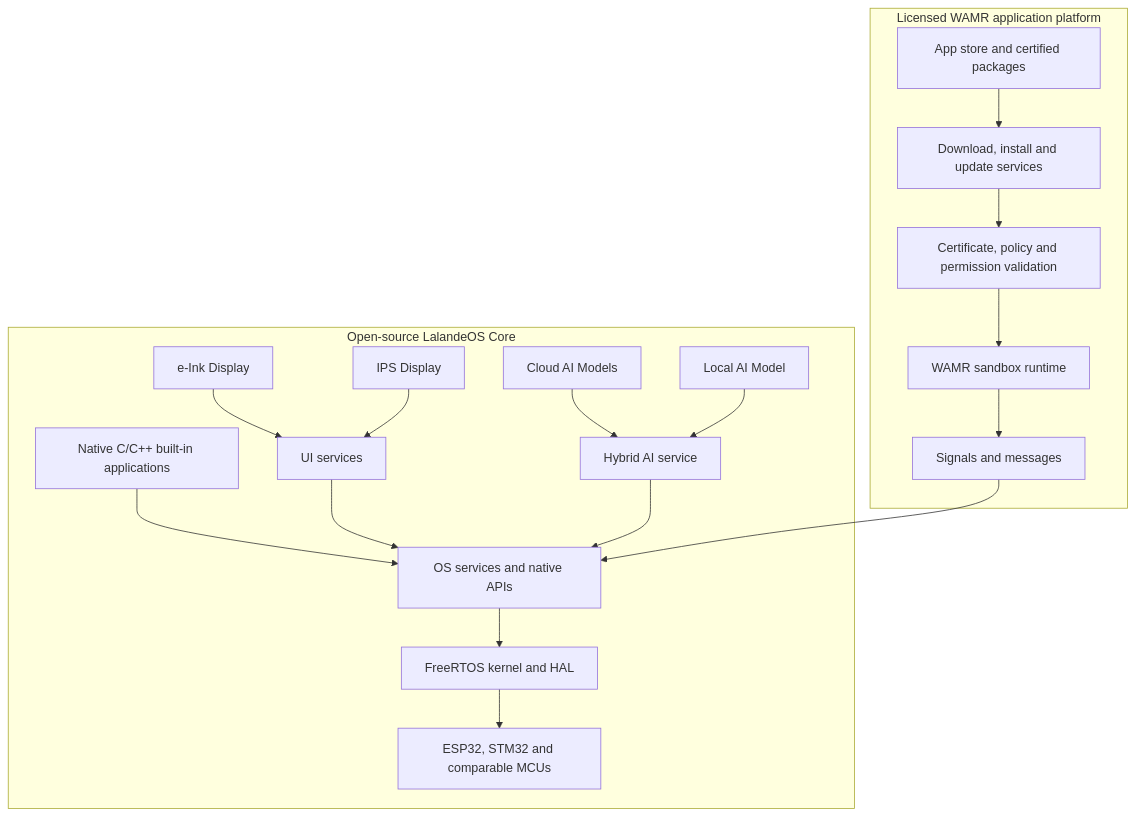
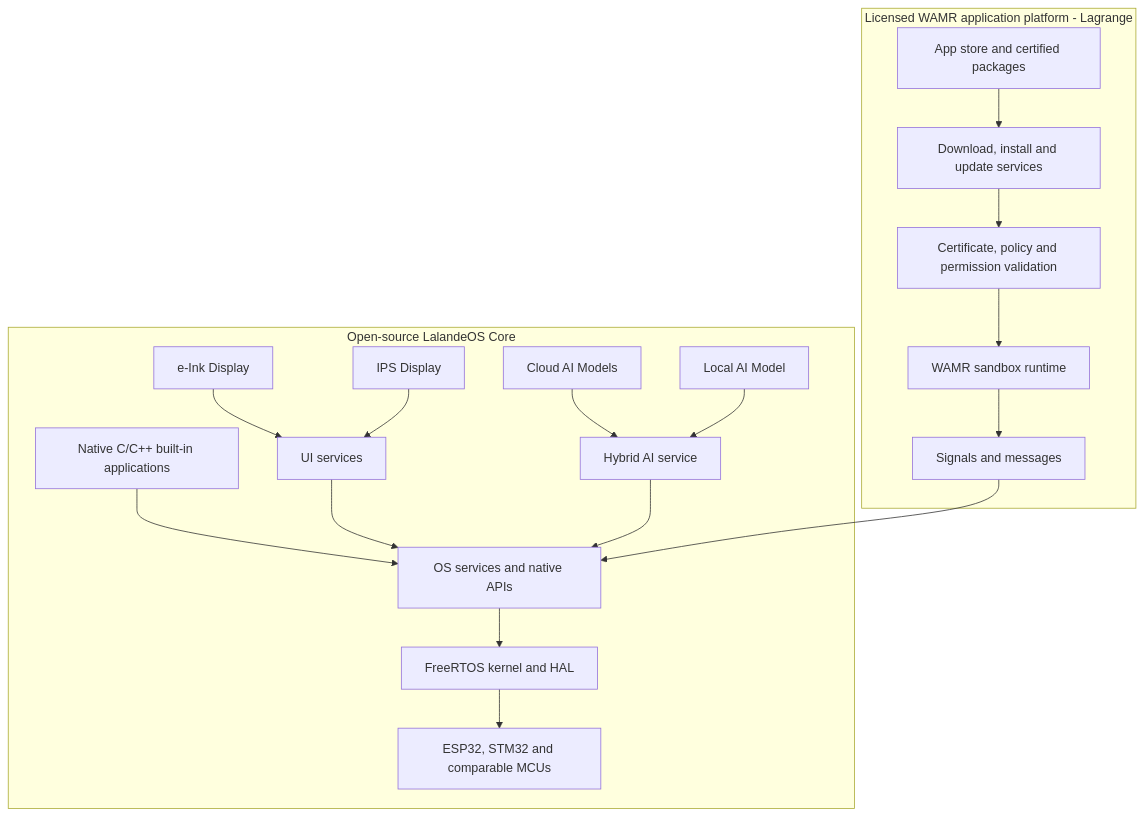
One commit to yawong0925/lalandeos changed the diagram in README.md. Above: the diagram before and after it, drawn with Mermaid. The commit also changed other lines of this file, not shown here.

Commit message:
modified:   README.md

````diff
--- a/README.md
+++ b/README.md
@@ -50,24 +50,24 @@
 ```mermaid
 flowchart TB
-    subgraph LP[Licensed WAMR application platform]
+    subgraph LP[Licensed WAMR application platform - Lagrange]
         A[App store and certified packages] --> B[Download, install and update services]
         B --> C[Certificate, policy and permission validation]
         C --> D[WAMR sandbox runtime]
         D --> E[Signals and messages]
     end
 
     subgraph CORE[Open-source LalandeOS Core]
         N[Native C/C++ built-in applications] --> S[OS services and native APIs]
         E --> S
         S --> K[FreeRTOS kernel and HAL]
         K --> H[ESP32, STM32 and comparable MCUs]
         
         UI[UI services] --> S
         EPD[e-Ink Display] --> UI
         IPS[IPS Display] --> UI
 
         AI[Hybrid AI service] --> S
         CLD[Cloud AI Models] --> AI
         LCL[Local AI Model] --> AI
     end
 ```
````
